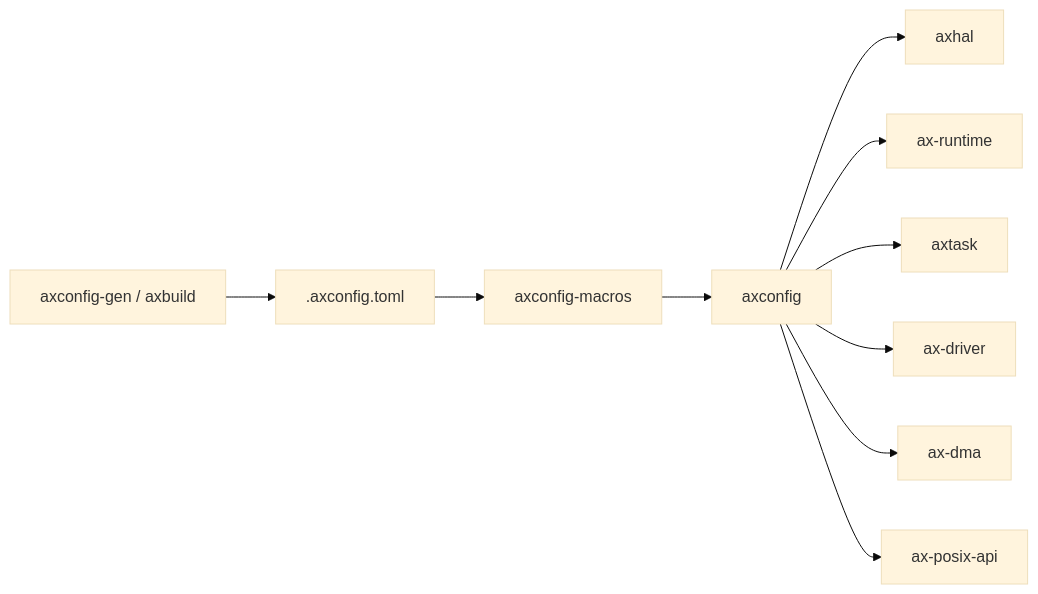
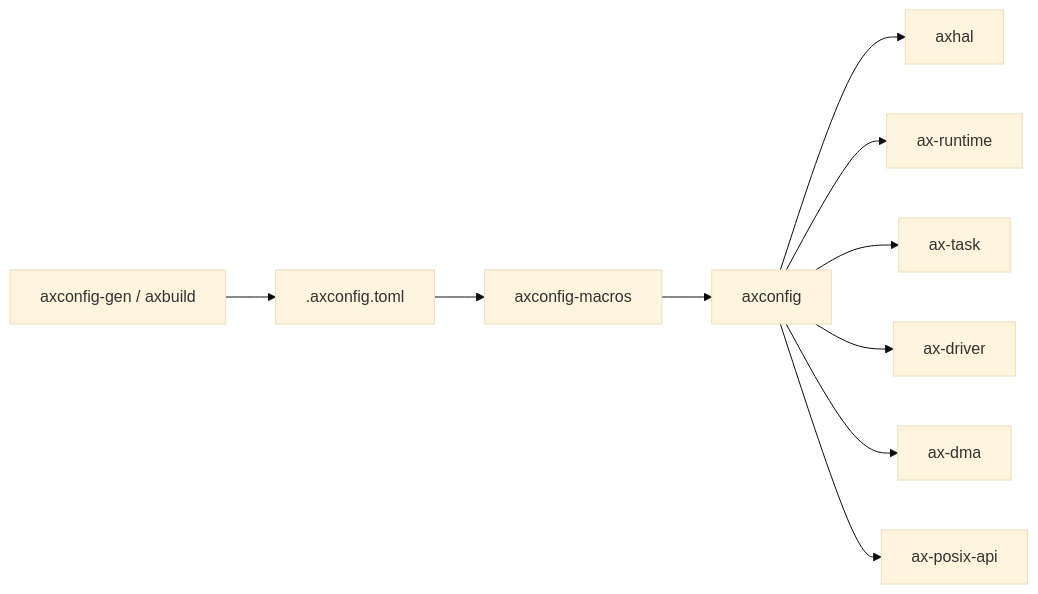
The second of 2 diagrams in docs/crates/axconfig.md (zKurisu/tgoskits), drawn with Mermaid (base theme) before and after one commit. The commit also changed other lines of this file and 133 other files, not shown here.

Commit message:
rename axtask to ax-task

````diff
--- a/docs/crates/axconfig.md
+++ b/docs/crates/axconfig.md
@@ -92,13 +92,13 @@
 ```mermaid
 graph LR
     gen["axconfig-gen / axbuild"] --> toml[".axconfig.toml"]
     toml --> macros["axconfig-macros"]
     macros --> axconfig["axconfig"]
 
     axconfig --> axhal["axhal"]
     axconfig --> ax-runtime["ax-runtime"]
-    axconfig --> axtask["axtask"]
+    axconfig --> ax-task["ax-task"]
     axconfig --> ax-driver["ax-driver"]
     axconfig --> ax_dma["ax-dma"]
     axconfig --> posix["ax-posix-api"]
 ```
````
